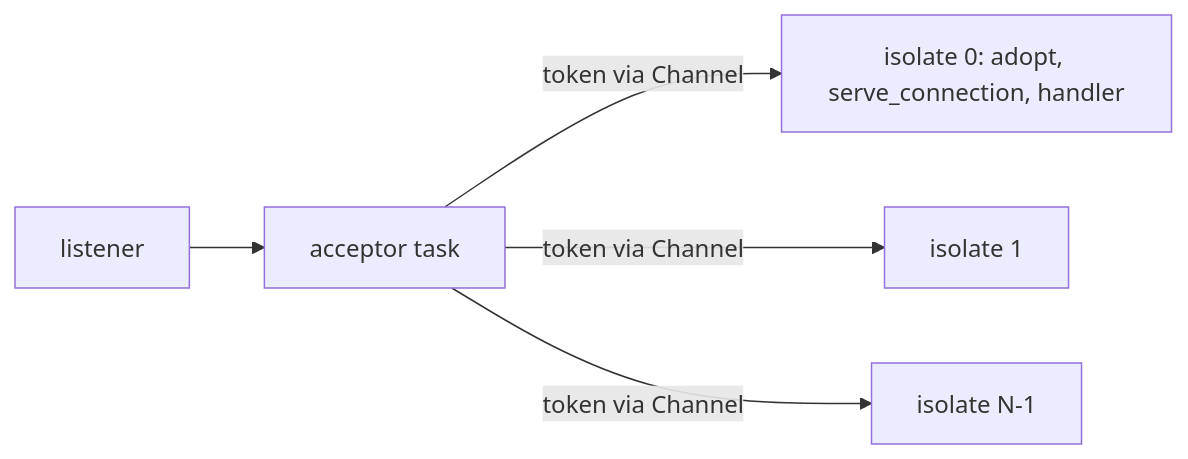
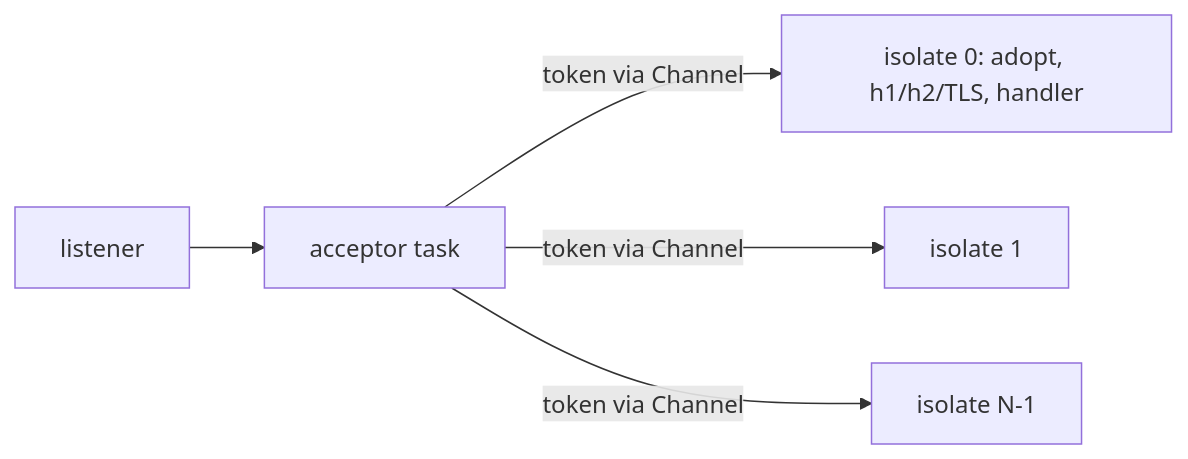
Before and after one commit to manuscript-lang/manuscript: the diagram in proposals/http-server-multicore.md, drawn with Mermaid. The commit also changed other lines of this file and 14 other files, not shown here.

First line of the commit message:
Add accept_raw, serve_connections and HttpServer.adopt for multi-core serving

````diff
--- a/proposals/http-server-multicore.md
+++ b/proposals/http-server-multicore.md
@@ -44,7 +44,7 @@
 ```mermaid
 flowchart LR
   L[listener] --> A[acceptor task]
-  A -- token via Channel --> I0[isolate 0: adopt, serve_connection, handler]
+  A -- token via Channel --> I0[isolate 0: adopt, h1/h2/TLS, handler]
   A -- token via Channel --> I1[isolate 1]
   A -- token via Channel --> I2[isolate N-1]
 ```
````
